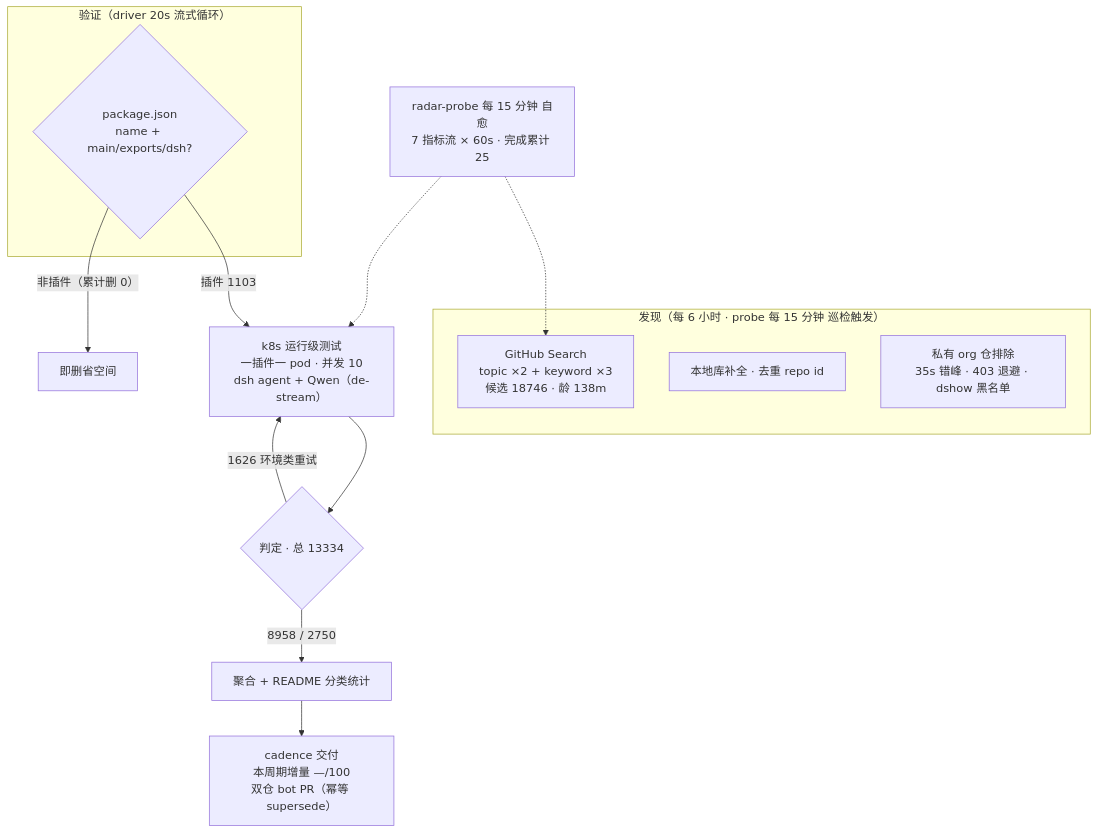
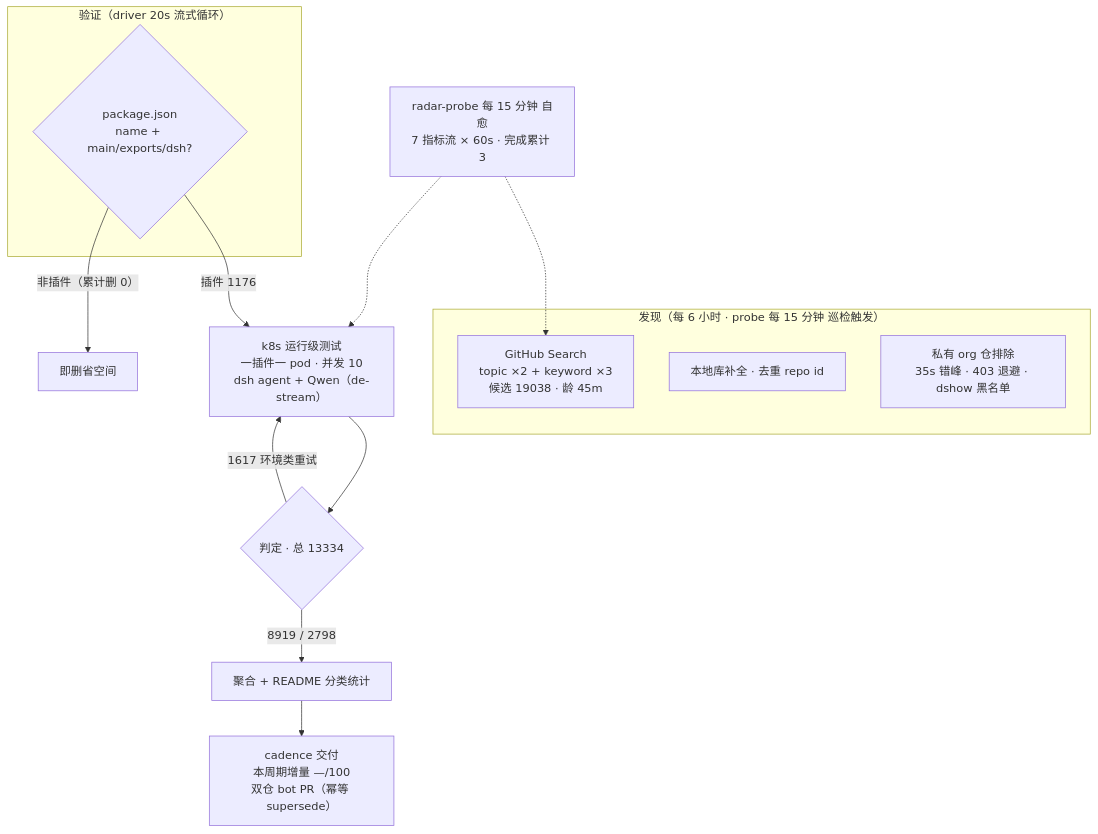
One commit to the-beating-light-of-the-nail/dsh-meme-hub-site changed the diagram in public/readmes/awesome-dsh-plugins.md. Above: the diagram before and after it, drawn with Mermaid. The commit also changed other lines of this file and 254 other files, not shown here.

````diff
--- a/public/readmes/awesome-dsh-plugins.md
+++ b/public/readmes/awesome-dsh-plugins.md
@@ -52,20 +52,20 @@
 ```mermaid
 flowchart TB
     subgraph Discovery["发现（每 6 小时 · probe 每 15 分钟 巡检触发）"]
-        A1["GitHub Search<br/>topic ×2 + keyword ×3<br/>候选 18746 · 龄 138m"]
+        A1["GitHub Search<br/>topic ×2 + keyword ×3<br/>候选 19038 · 龄 45m"]
         A2["本地库补全 · 去重 repo id"]
         A3["私有 org 仓排除<br/>35s 错峰 · 403 退避 · dshow 黑名单"]
     end
     subgraph Validation["验证（driver 20s 流式循环）"]
         B1{"package.json<br/>name + main/exports/dsh?"}
     end
-    B1 -->|"插件 1103"| C1["k8s 运行级测试<br/>一插件一 pod · 并发 10<br/>dsh agent + Qwen（de-stream）"]
+    B1 -->|"插件 1176"| C1["k8s 运行级测试<br/>一插件一 pod · 并发 10<br/>dsh agent + Qwen（de-stream）"]
     B1 -->|"非插件（累计删 0）"| B3["即删省空间"]
     C1 --> D1{"判定 · 总 13334"}
-    D1 -->|"8958 / 2750"| E1["聚合 + README 分类统计"]
-    D1 -->|"1626 环境类重试"| C1
+    D1 -->|"8919 / 2798"| E1["聚合 + README 分类统计"]
+    D1 -->|"1617 环境类重试"| C1
     E1 --> E2["cadence 交付<br/>本周期增量 —/100<br/>双仓 bot PR（幂等 supersede）"]
-    M["radar-probe 每 15 分钟 自愈<br/>7 指标流 × 60s · 完成累计 25"]
+    M["radar-probe 每 15 分钟 自愈<br/>7 指标流 × 60s · 完成累计 3"]
     M -.-> A1
     M -.-> C1
 ```
````
